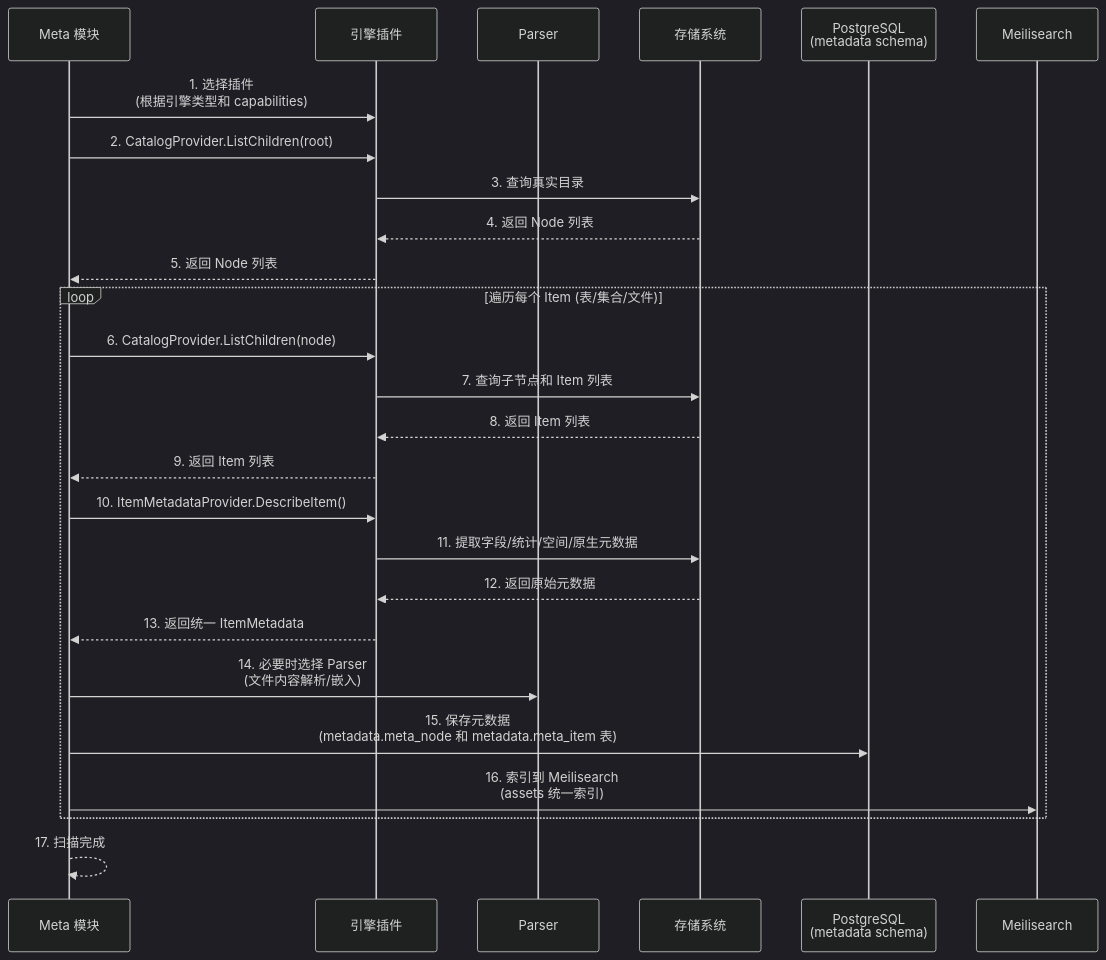
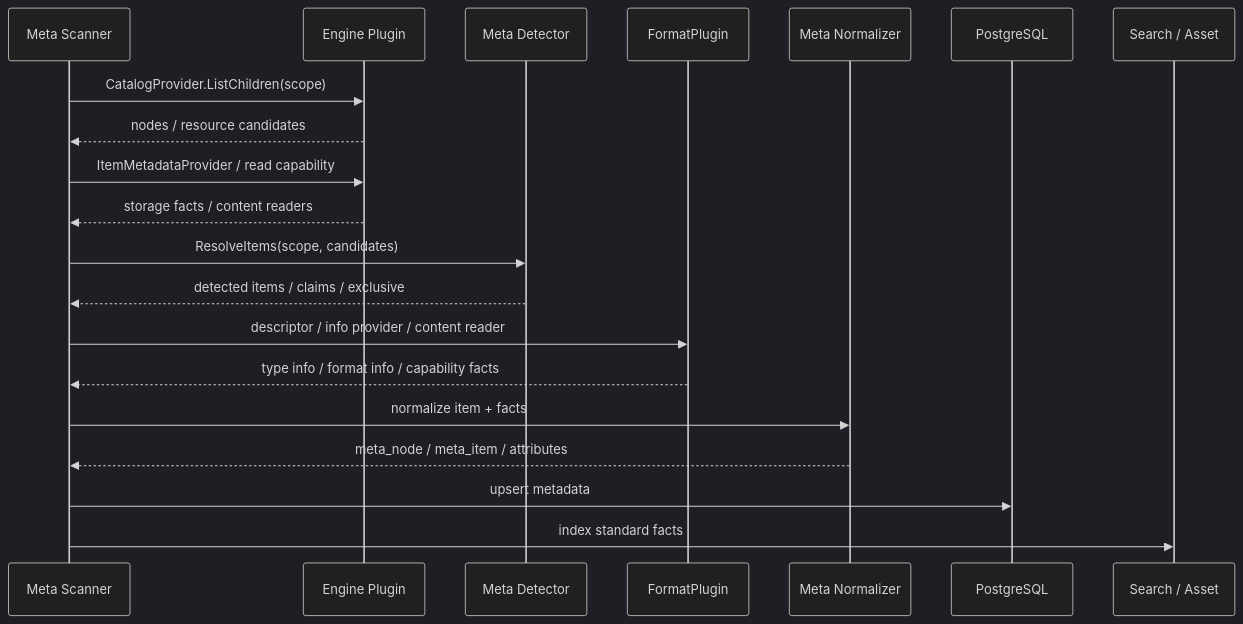
One commit to pampa0629/addp changed the second of 2 diagrams in docs/concepts/addp元数据体系图.md. Above: the diagram before and after it, drawn with Mermaid (dark theme). The commit also changed other lines of this file and 60 other files, not shown here.

````diff
--- a/docs/concepts/addp元数据体系图.md
+++ b/docs/concepts/addp元数据体系图.md
@@ -384,33 +169,23 @@
 ```mermaid
 sequenceDiagram
-    participant Meta as Meta 模块
-    participant Plugin as 引擎插件
-    participant Parser as Parser
-    participant Storage as 存储系统
-    participant DB as PostgreSQL<br/>(metadata schema)
-    participant Search as Meilisearch
+    participant Meta as Meta Scanner
+    participant Engine as Engine Plugin
+    participant Detector as Meta Detector
+    participant Format as FormatPlugin
+    participant Normalizer as Meta Normalizer
+    participant DB as PostgreSQL
+    participant Search as Search / Asset
 
-    Meta->>Plugin: 1. 选择插件<br/>(根据引擎类型和 capabilities)
-    Meta->>Plugin: 2. CatalogProvider.ListChildren(root)
-    Plugin->>Storage: 3. 查询真实目录
-    Storage-->>Plugin: 4. 返回 Node 列表
-    Plugin-->>Meta: 5. 返回 Node 列表
-
-    loop 遍历每个 Item (表/集合/文件)
-        Meta->>Plugin: 6. CatalogProvider.ListChildren(node)
-        Plugin->>Storage: 7. 查询子节点和 Item 列表
-        Storage-->>Plugin: 8. 返回 Item 列表
-        Plugin-->>Meta: 9. 返回 Item 列表
-
-        Meta->>Plugin: 10. ItemMetadataProvider.DescribeItem()
-        Plugin->>Storage: 11. 提取字段/统计/空间/原生元数据
-        Storage-->>Plugin: 12. 返回原始元数据
-        Plugin-->>Meta: 13. 返回统一 ItemMetadata
-        Meta->>Parser: 14. 必要时选择 Parser<br/>(文件内容解析/嵌入)
-
-        Meta->>DB: 15. 保存元数据<br/>(metadata.meta_node 和 metadata.meta_item 表)
-        Meta->>Search: 16. 索引到 Meilisearch<br/>(assets 统一索引)
-    end
-
-    Meta-->>Meta: 17. 扫描完成
+    Meta->>Engine: CatalogProvider.ListChildren(scope)
+    Engine-->>Meta: nodes / resource candidates
+    Meta->>Engine: ItemMetadataProvider / read capability
+    Engine-->>Meta: storage facts / content readers
+    Meta->>Detector: ResolveItems(scope, candidates)
+    Detector-->>Meta: detected items / claims / exclusive
+    Meta->>Format: descriptor / info provider / content reader
+    Format-->>Meta: type info / format info / capability facts
+    Meta->>Normalizer: normalize item + facts
+    Normalizer-->>Meta: meta_node / meta_item / attributes
+    Meta->>DB: upsert metadata
+    Meta->>Search: index standard facts
 ```
````
